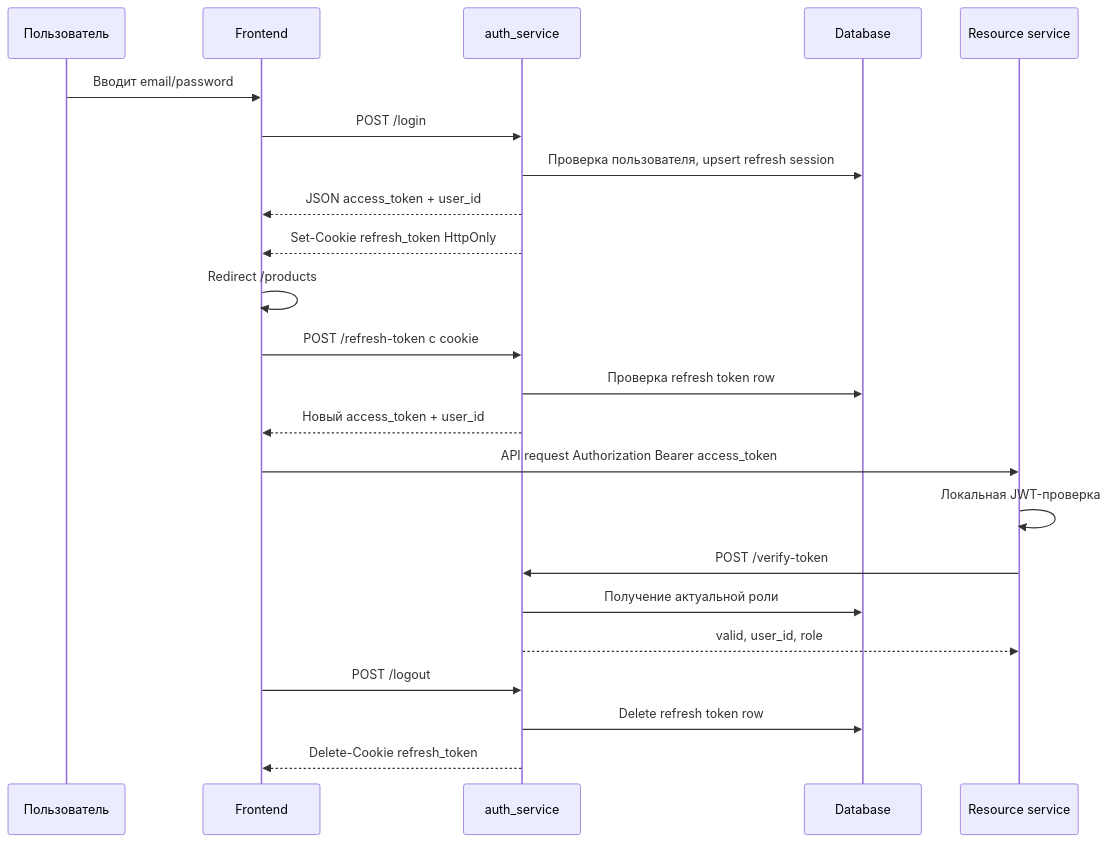
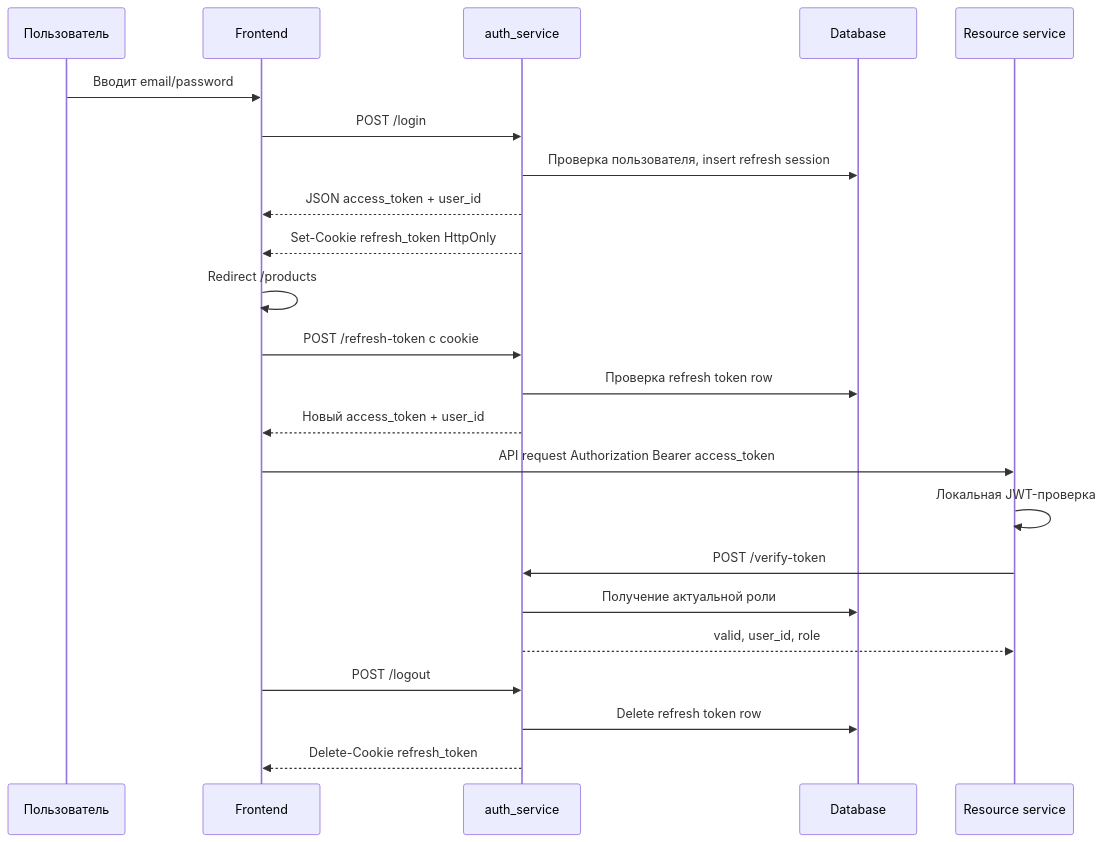
The diagram in docs/authentication-session.md (metaf-p/StoreSystem-app), drawn with Mermaid before and after one commit. The commit also changed other lines of this file and 16 other files, not shown here.

````diff
--- a/docs/authentication-session.md
+++ b/docs/authentication-session.md
@@ -218,29 +218,29 @@
 ```mermaid
 sequenceDiagram
     participant U as Пользователь
     participant F as Frontend
     participant A as auth_service
     participant D as Database
     participant S as Resource service
 
     U->>F: Вводит email/password
     F->>A: POST /login
-    A->>D: Проверка пользователя, upsert refresh session
+    A->>D: Проверка пользователя, insert refresh session
     A-->>F: JSON access_token + user_id
     A-->>F: Set-Cookie refresh_token HttpOnly
     F->>F: Redirect /products
 
     F->>A: POST /refresh-token с cookie
     A->>D: Проверка refresh token row
     A-->>F: Новый access_token + user_id
 
     F->>S: API request Authorization Bearer access_token
     S->>S: Локальная JWT-проверка
     S->>A: POST /verify-token
     A->>D: Получение актуальной роли
     A-->>S: valid, user_id, role
 
     F->>A: POST /logout
     A->>D: Delete refresh token row
     A-->>F: Delete-Cookie refresh_token
 ```
````
